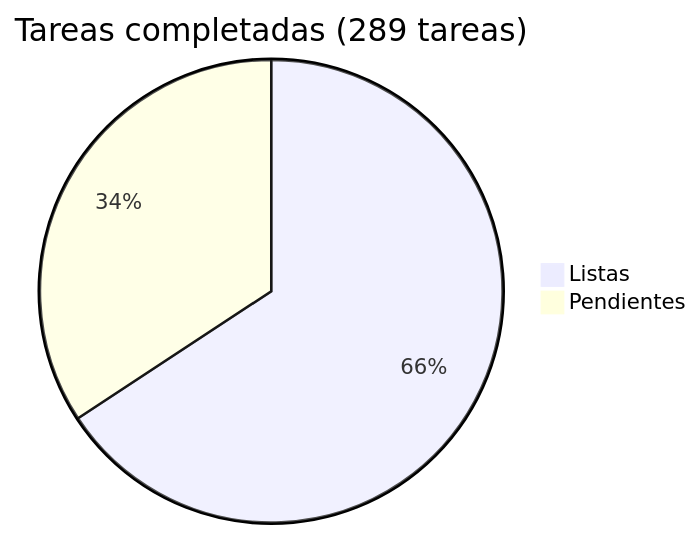
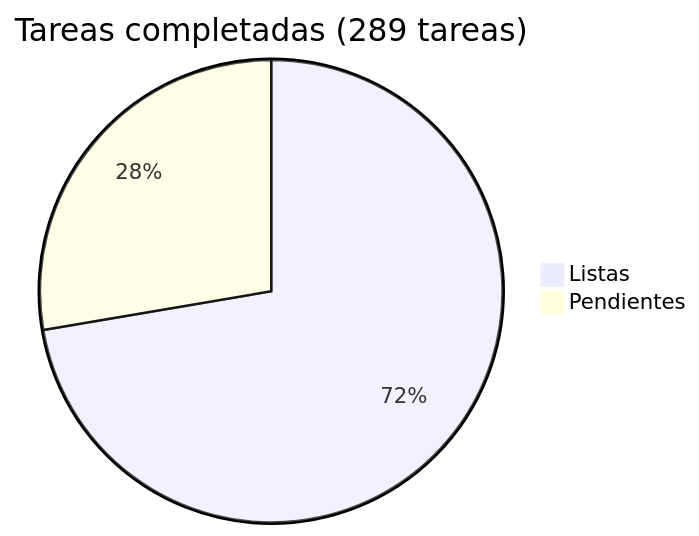
Before and after one commit to araguaney-lat/araguaney: the diagram in docs/roadmap/README.md, drawn with Mermaid. The commit also changed other lines of this file and 3 other files, not shown here.

First line of the commit message:
fix: complete N-6 IP tracing in users/requests routers; update Phase 10 roadmap

````diff
--- a/docs/roadmap/README.md
+++ b/docs/roadmap/README.md
@@ -5,5 +5,5 @@
 ```mermaid
 pie title Tareas completadas (289 tareas)
-    "Listas" : 190
-    "Pendientes" : 99
+    "Listas" : 209
+    "Pendientes" : 80
 ```
````
